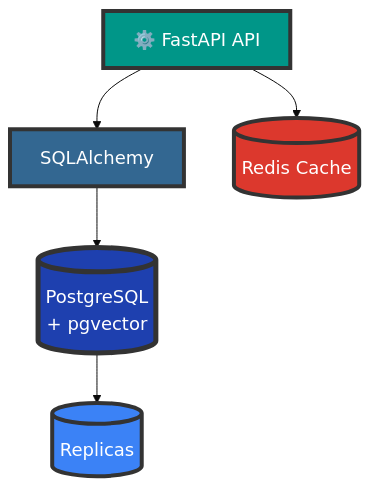
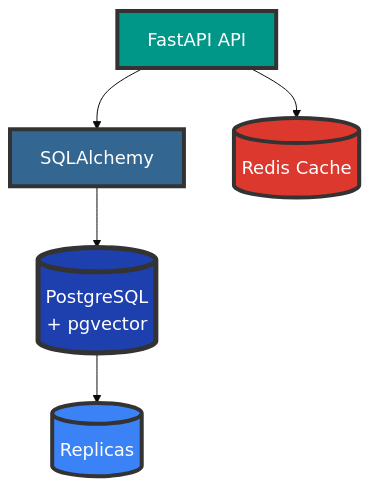
Diagram 14 of 24 in documentation/00-ARCHITECTURE.md (inskillflow/awsbedrock-demo-1-inmemory), drawn with Mermaid (base theme) before and after one commit. The commit also changed other lines of this file, not shown here.

First line of the commit message:
refactor: simplification des diagrammes - retrait des emojis

````diff
--- a/documentation/00-ARCHITECTURE.md
+++ b/documentation/00-ARCHITECTURE.md
@@ -741,19 +741,19 @@
 ```mermaid
 flowchart TD
-    API[⚙️ FastAPI API]
+    API[FastAPI API]
     ORM[SQLAlchemy]
     DB[(PostgreSQL<br/>+ pgvector)]
     Replicas[(Replicas)]
     Cache[(Redis Cache)]
     
     API --> ORM
     API --> Cache
     ORM --> DB
     DB --> Replicas
     
     style API fill:#009688,stroke:#333,stroke-width:4px,color:#fff,font-size:18px
     style ORM fill:#336791,stroke:#333,stroke-width:4px,color:#fff,font-size:18px
     style DB fill:#1E40AF,stroke:#333,stroke-width:5px,color:#fff,font-size:18px
     style Replicas fill:#3B82F6,stroke:#333,stroke-width:4px,color:#fff,font-size:18px
     style Cache fill:#DC382D,stroke:#333,stroke-width:4px,color:#fff,font-size:18px
 ```
````
